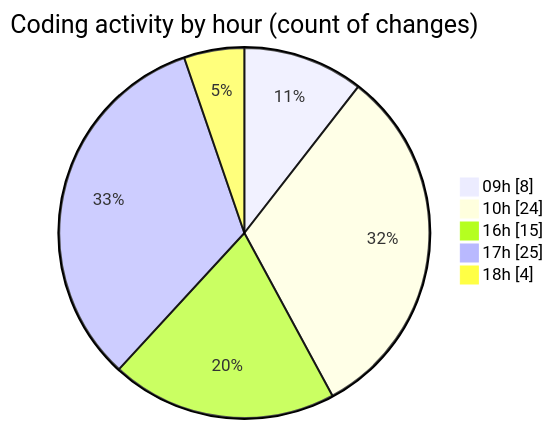
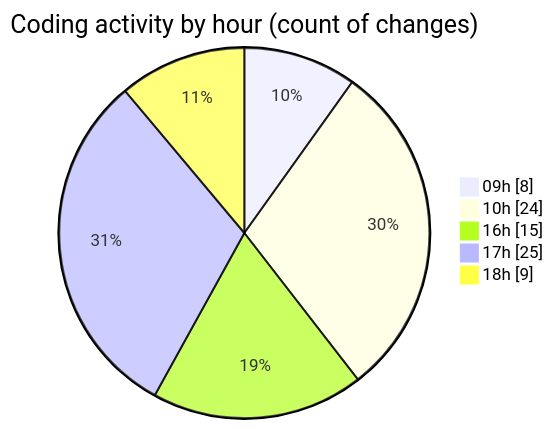
One commit to julien-gomy/code-tracking changed the second of 2 diagrams in 2025-10-09/eventscop-frontend-guide__workspace_/README.md. Above: the diagram before and after it, drawn with Mermaid. The commit also changed other lines of this file and 1 other file, not shown here.

````diff
--- a/2025-10-09/eventscop-frontend-guide__workspace_/README.md
+++ b/2025-10-09/eventscop-frontend-guide__workspace_/README.md
@@ -55,9 +55,9 @@
 ```mermaid
 pie showData
 title Coding activity by hour (count of changes)
 "09h" : 8
 "10h" : 24
 "16h" : 15
 "17h" : 25
-"18h" : 4
+"18h" : 9
 ```
````
